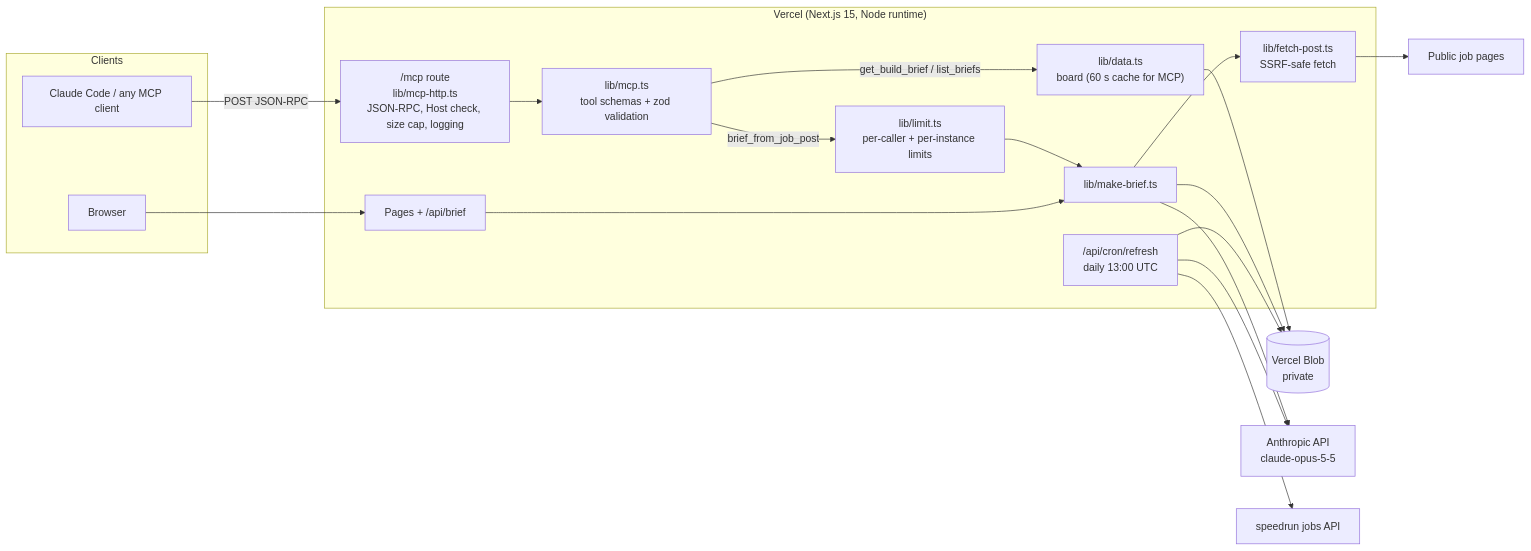
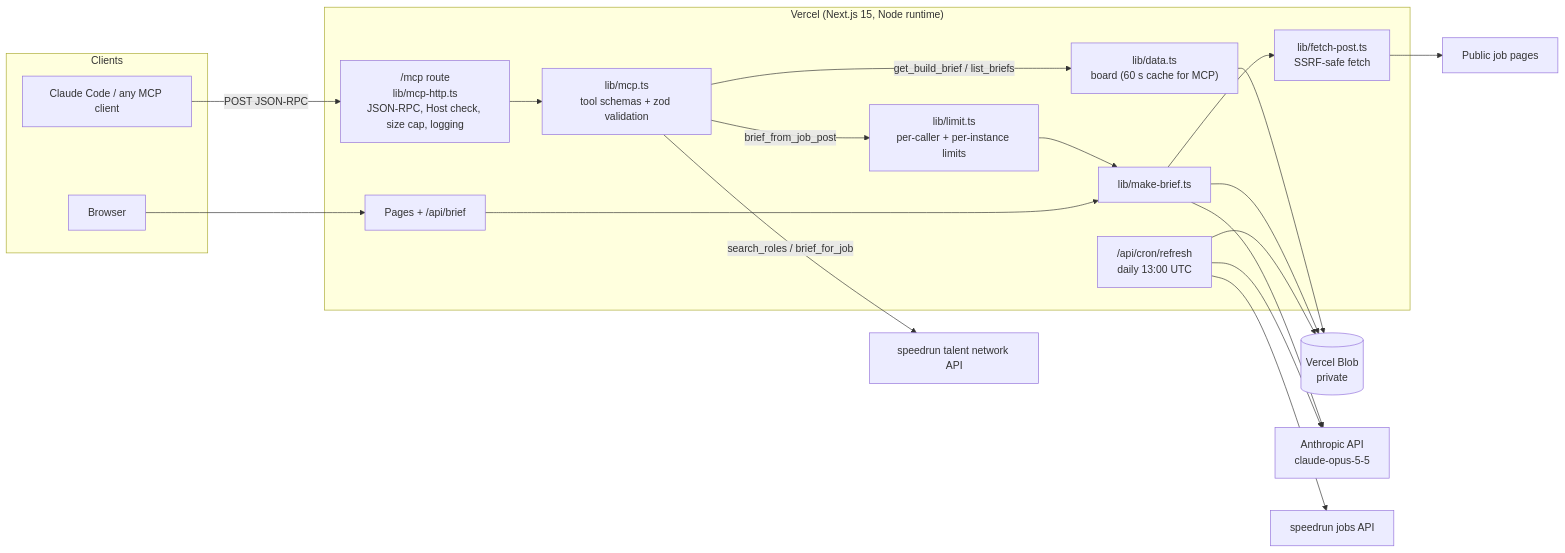
Before and after one commit to ahdithanu/one-link: the diagram in README.md, drawn with Mermaid. The commit also changed other lines of this file and 16 other files, not shown here.

First line of the commit message:
Search the whole talent network and write briefs on demand

````diff
--- a/README.md
+++ b/README.md
@@ -31,33 +32,34 @@
 ```mermaid
 flowchart LR
   subgraph Clients
     A[Claude Code / any MCP client]
     B[Browser]
   end
   subgraph Vercel["Vercel (Next.js 15, Node runtime)"]
     M["/mcp route<br/>lib/mcp-http.ts<br/>JSON-RPC, Host check, size cap, logging"]
     T["lib/mcp.ts<br/>tool schemas + zod validation"]
     P["Pages + /api/brief"]
     L["lib/limit.ts<br/>per-caller + per-instance limits"]
     G["lib/make-brief.ts"]
     F["lib/fetch-post.ts<br/>SSRF-safe fetch"]
     D["lib/data.ts<br/>board (60 s cache for MCP)"]
     C["/api/cron/refresh<br/>daily 13:00 UTC"]
   end
   S[(Vercel Blob<br/>private)]
   X[Anthropic API<br/>claude-opus-5-5]
   J[speedrun jobs API]
   W[Public job pages]
 
   A -- POST JSON-RPC --> M --> T
   B --> P
   T -- get_build_brief / list_briefs --> D --> S
+  T -- search_roles / brief_for_job --> N[speedrun talent network API]
   T -- brief_from_job_post --> L --> G
   P --> G
   G --> F --> W
   G --> X
   G --> S
   C --> J
   C --> X
   C --> S
 ```
````
